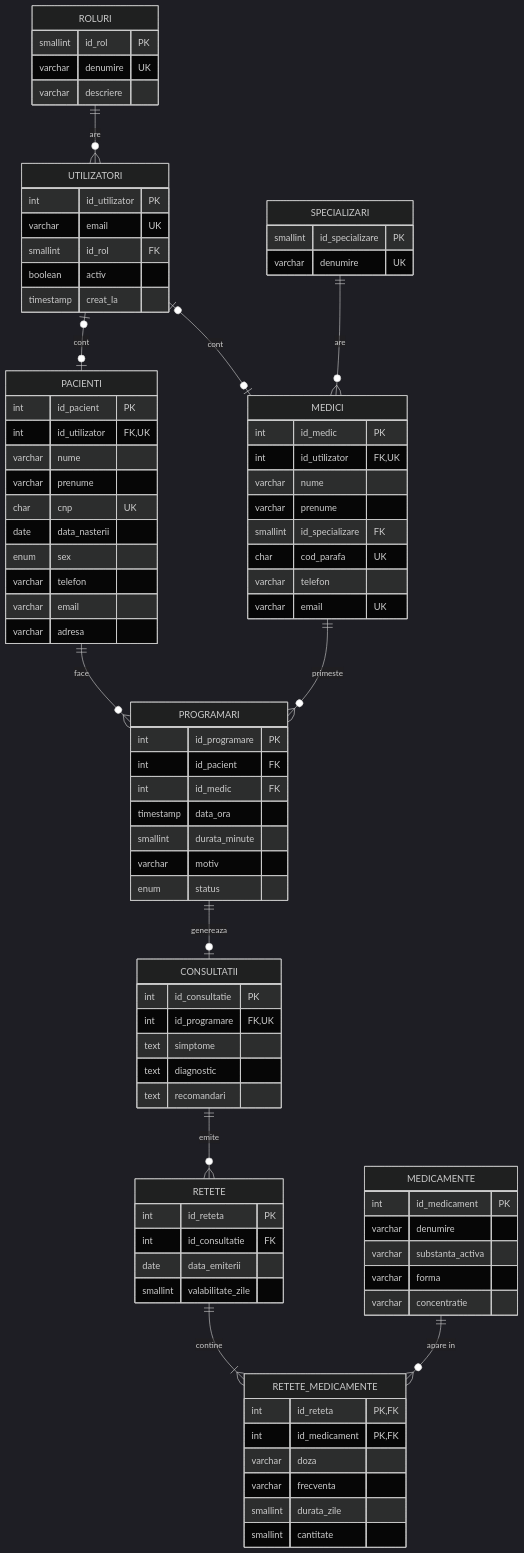
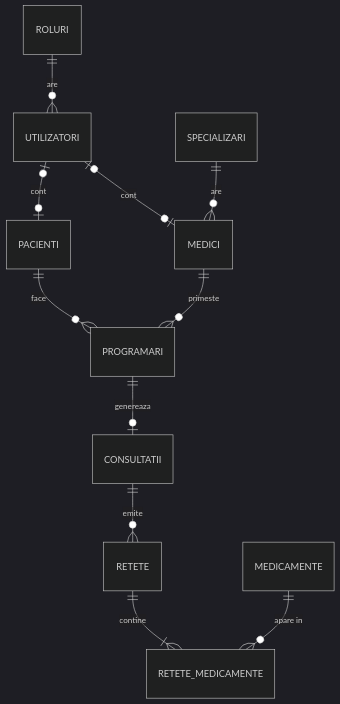
The diagram in README.md (DragneaCristian13/clinica-bda), drawn with Mermaid (dark theme) before and after one commit. The commit also changed other lines of this file and 7 other files, not shown here.

````diff
--- a/README.md
+++ b/README.md
@@ -46,80 +73,4 @@
     CONSULTATII ||--o{ RETETE : "emite"
     RETETE ||--|{ RETETE_MEDICAMENTE : "contine"
     MEDICAMENTE ||--o{ RETETE_MEDICAMENTE : "apare in"
-
-    ROLURI {
-        smallint id_rol PK
-        varchar denumire UK
-        varchar descriere
-    }
-    UTILIZATORI {
-        int id_utilizator PK
-        varchar email UK
-        smallint id_rol FK
-        boolean activ
-        timestamp creat_la
-    }
-    SPECIALIZARI {
-        smallint id_specializare PK
-        varchar denumire UK
-    }
-    MEDICI {
-        int id_medic PK
-        int id_utilizator FK,UK
-        varchar nume
-        varchar prenume
-        smallint id_specializare FK
-        char cod_parafa UK
-        varchar telefon
-        varchar email UK
-    }
-    PACIENTI {
-        int id_pacient PK
-        int id_utilizator FK,UK
-        varchar nume
-        varchar prenume
-        char cnp UK
-        date data_nasterii
-        enum sex
-        varchar telefon
-        varchar email
-        varchar adresa
-    }
-    PROGRAMARI {
-        int id_programare PK
-        int id_pacient FK
-        int id_medic FK
-        timestamp data_ora
-        smallint durata_minute
-        varchar motiv
-        enum status
-    }
-    CONSULTATII {
-        int id_consultatie PK
-        int id_programare FK,UK
-        text simptome
-        text diagnostic
-        text recomandari
-    }
-    RETETE {
-        int id_reteta PK
-        int id_consultatie FK
-        date data_emiterii
-        smallint valabilitate_zile
-    }
-    MEDICAMENTE {
-        int id_medicament PK
-        varchar denumire
-        varchar substanta_activa
-        varchar forma
-        varchar concentratie
-    }
-    RETETE_MEDICAMENTE {
-        int id_reteta PK,FK
-        int id_medicament PK,FK
-        varchar doza
-        varchar frecventa
-        smallint durata_zile
-        smallint cantitate
-    }
 ```
````
